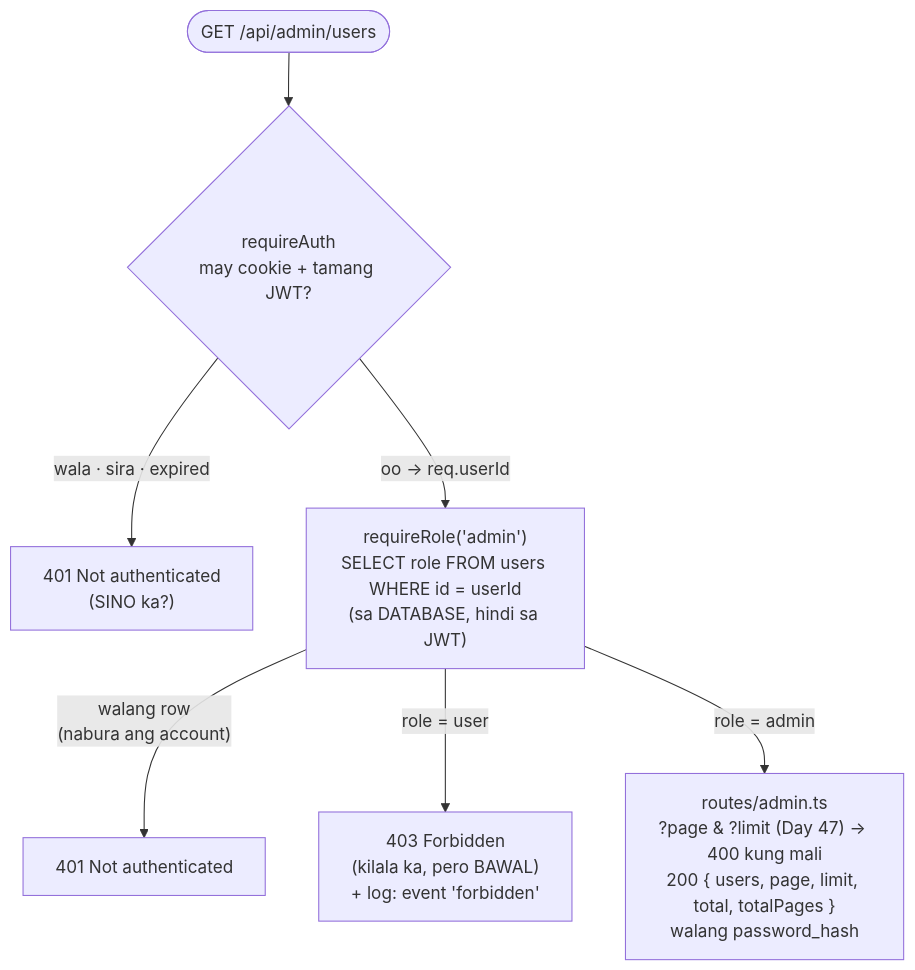
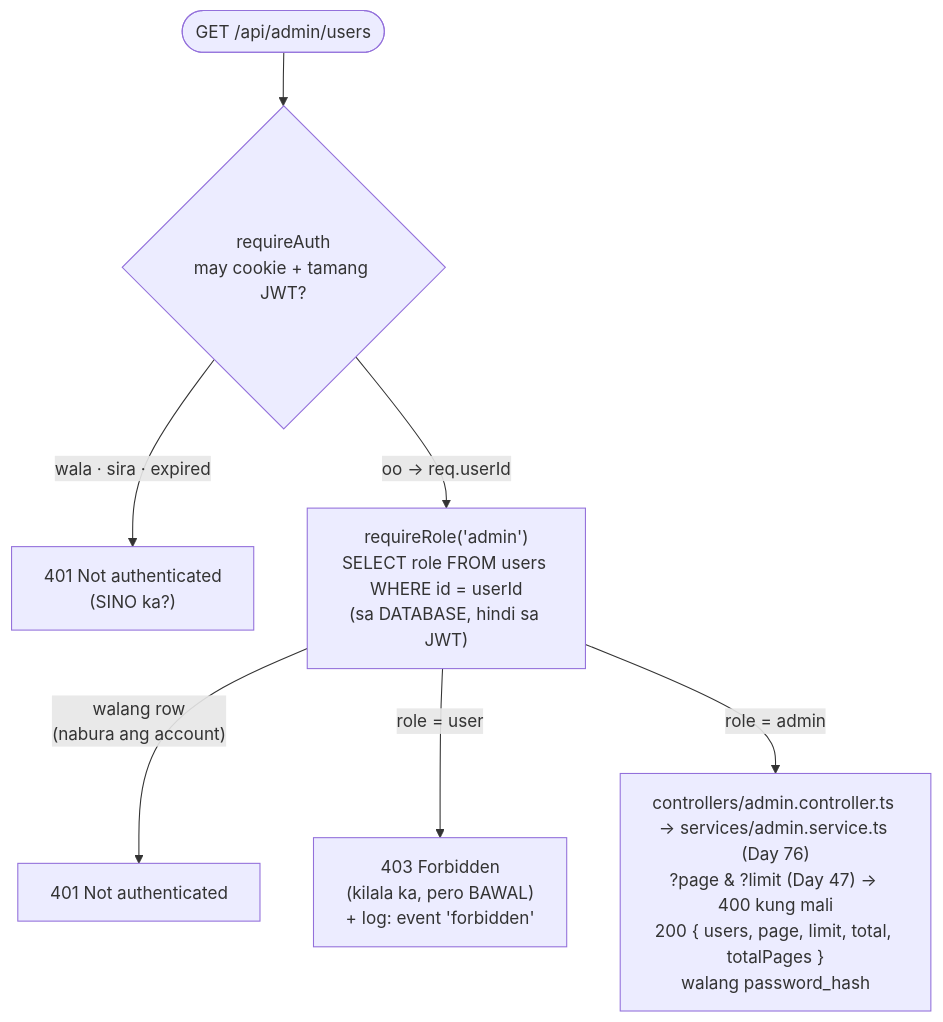
One commit to nelson1869-ai/auth-learning changed the first of 2 diagrams in docs/diagrams/13-rbac.md. Above: the diagram before and after it, drawn with Mermaid. The commit also changed other lines of this file and 18 other files, not shown here.

First line of the commit message:
docs: Day 76 final architecture, all diagrams, journal

````diff
--- a/docs/diagrams/13-rbac.md
+++ b/docs/diagrams/13-rbac.md
@@ -11,9 +11,9 @@
 ```mermaid
 flowchart TD
     Req(["GET /api/admin/users"]) --> Cookie{"requireAuth<br/>may cookie + tamang JWT?"}
     Cookie -->|"wala · sira · expired"| R401a["401 Not authenticated<br/>(SINO ka?)"]
     Cookie -->|"oo → req.userId"| Lookup["requireRole('admin')<br/>SELECT role FROM users WHERE id = userId<br/>(sa DATABASE, hindi sa JWT)"]
     Lookup -->|"walang row<br/>(nabura ang account)"| R401b["401 Not authenticated"]
     Lookup -->|"role = user"| R403["403 Forbidden<br/>(kilala ka, pero BAWAL)<br/>+ log: event 'forbidden'"]
-    Lookup -->|"role = admin"| Route["routes/admin.ts<br/>?page & ?limit (Day 47) → 400 kung mali<br/>200 { users, page, limit, total, totalPages }<br/>walang password_hash"]
+    Lookup -->|"role = admin"| Route["controllers/admin.controller.ts → services/admin.service.ts (Day 76)<br/>?page & ?limit (Day 47) → 400 kung mali<br/>200 { users, page, limit, total, totalPages }<br/>walang password_hash"]
 ```
````
